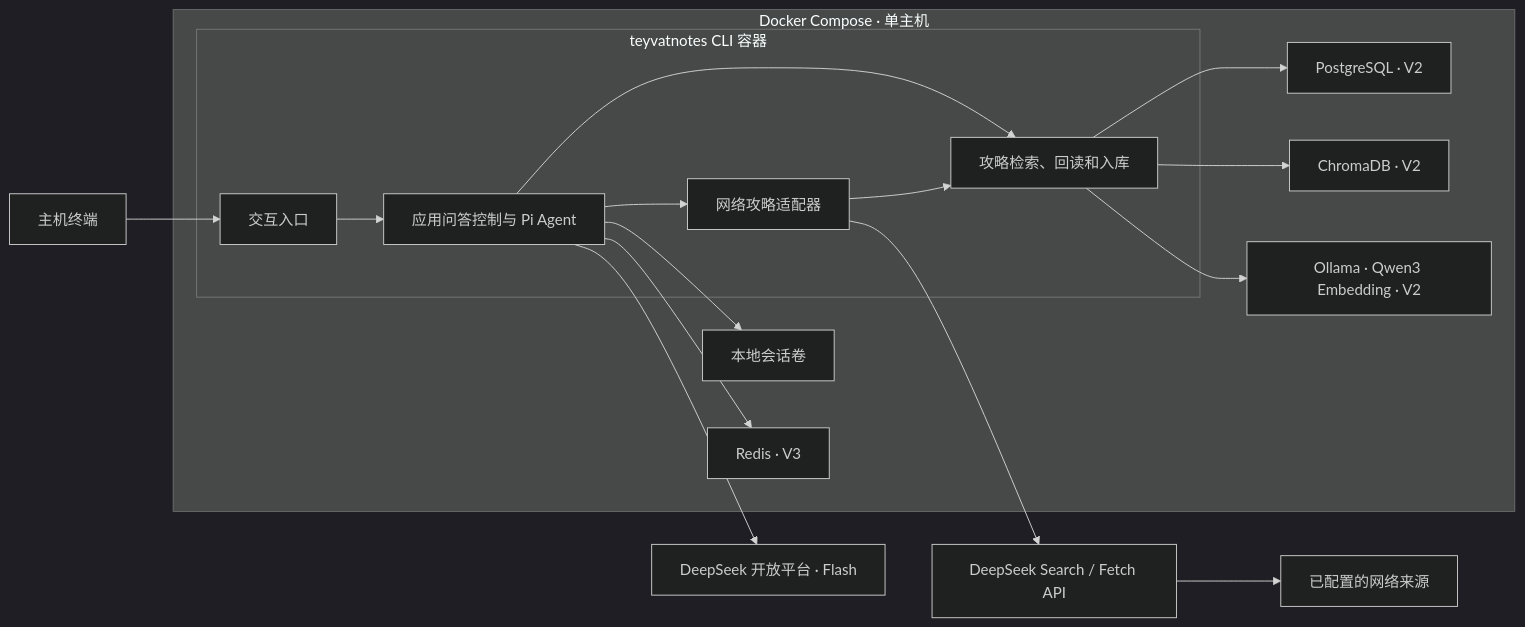
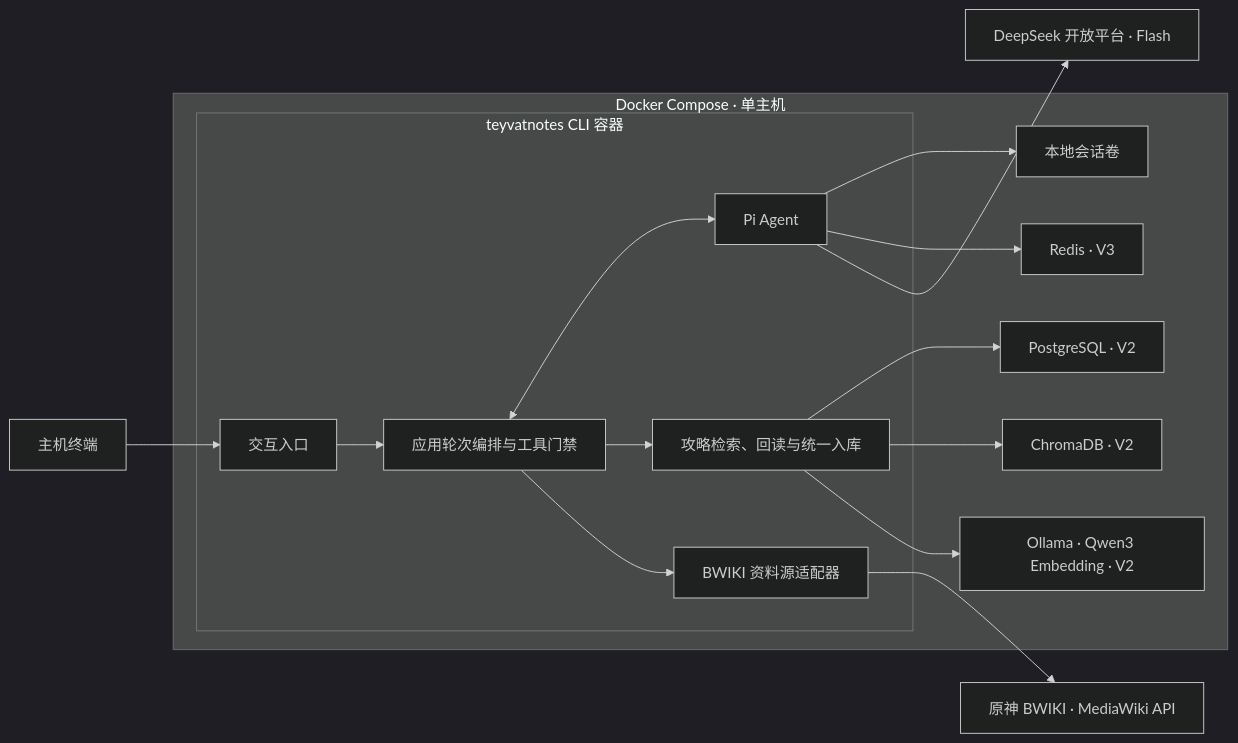
One commit to adv-mmy/TeyvatNotes changed the diagram in docs/architecture.md. Above: the diagram before and after it, drawn with Mermaid (dark theme). The commit also changed other lines of this file and 35 other files, not shown here.

````diff
--- a/docs/architecture.md
+++ b/docs/architecture.md
@@ -11,20 +11,19 @@
 ```mermaid
 flowchart LR
     User["主机终端"] --> CLI
     subgraph Stack["Docker Compose · 单主机"]
         subgraph App["teyvatnotes CLI 容器"]
-            CLI["交互入口"] --> Pi["应用问答控制与 Pi Agent"]
-            Pi --> Tools["攻略检索、回读和入库"]
-            Pi --> Web["网络攻略适配器"]
-            Web --> Tools
+            CLI["交互入口"] --> AppFlow["应用轮次编排与工具门禁"]
+            AppFlow <--> Pi["Pi Agent"]
+            AppFlow --> Tools["攻略检索、回读与统一入库"]
+            AppFlow --> Web["BWIKI 资料源适配器"]
         end
         Pi --> Session["本地会话卷"]
         Pi --> Redis["Redis · V3"]
         Tools --> DB["PostgreSQL · V2"]
         Tools --> Vector["ChromaDB · V2"]
         Tools --> Embed["Ollama · Qwen3 Embedding · V2"]
     end
     Pi --> Model["DeepSeek 开放平台 · Flash"]
-    Web --> SearchAPI["DeepSeek Search / Fetch API"]
-    SearchAPI --> Source["已配置的网络来源"]
+    Web --> Source["原神 BWIKI · MediaWiki API"]
 ```
````
